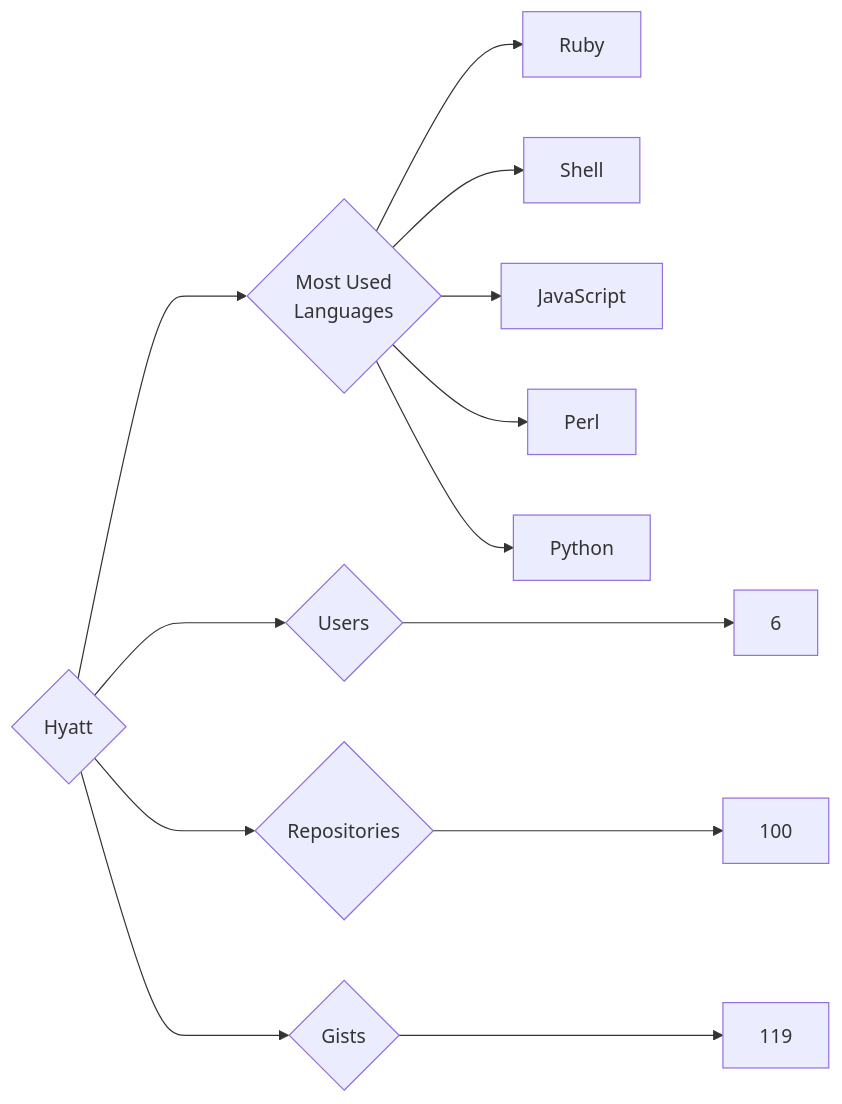
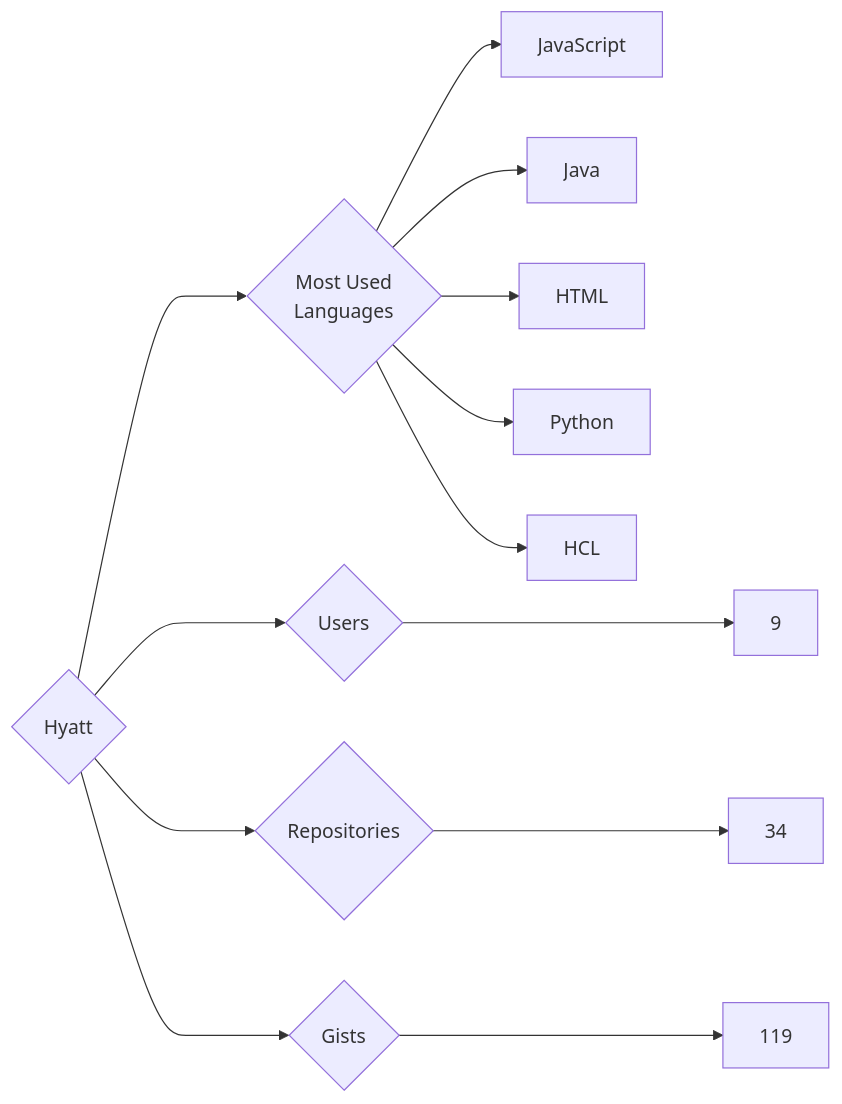
One commit to trickest/insiders changed the diagram in targets/Hyatt/README.md. Above: the diagram before and after it, drawn with Mermaid. The commit also changed 681 other files, not shown here.

````diff
--- a/targets/Hyatt/README.md
+++ b/targets/Hyatt/README.md
@@ -3,13 +3,13 @@
 ```mermaid
 graph LR
 COMPANY_NAME{Hyatt}
-COMPANY_NAME ---> U{Users} ---> UN[6]
-COMPANY_NAME ---> R{Repositories} ---> RN[100]
+COMPANY_NAME ---> U{Users} ---> UN[9]
+COMPANY_NAME ---> R{Repositories} ---> RN[34]
 COMPANY_NAME ---> G{Gists} ---> GN[119]
 COMPANY_NAME ---> ML{Most Used<br>Languages}
-ML --> Ruby[Ruby]
-ML --> Shell[Shell]
 ML --> JavaScript[JavaScript]
-ML --> Perl[Perl]
+ML --> Java[Java]
+ML --> HTML[HTML]
 ML --> Python[Python]
+ML --> HCL[HCL]
 ```
````
